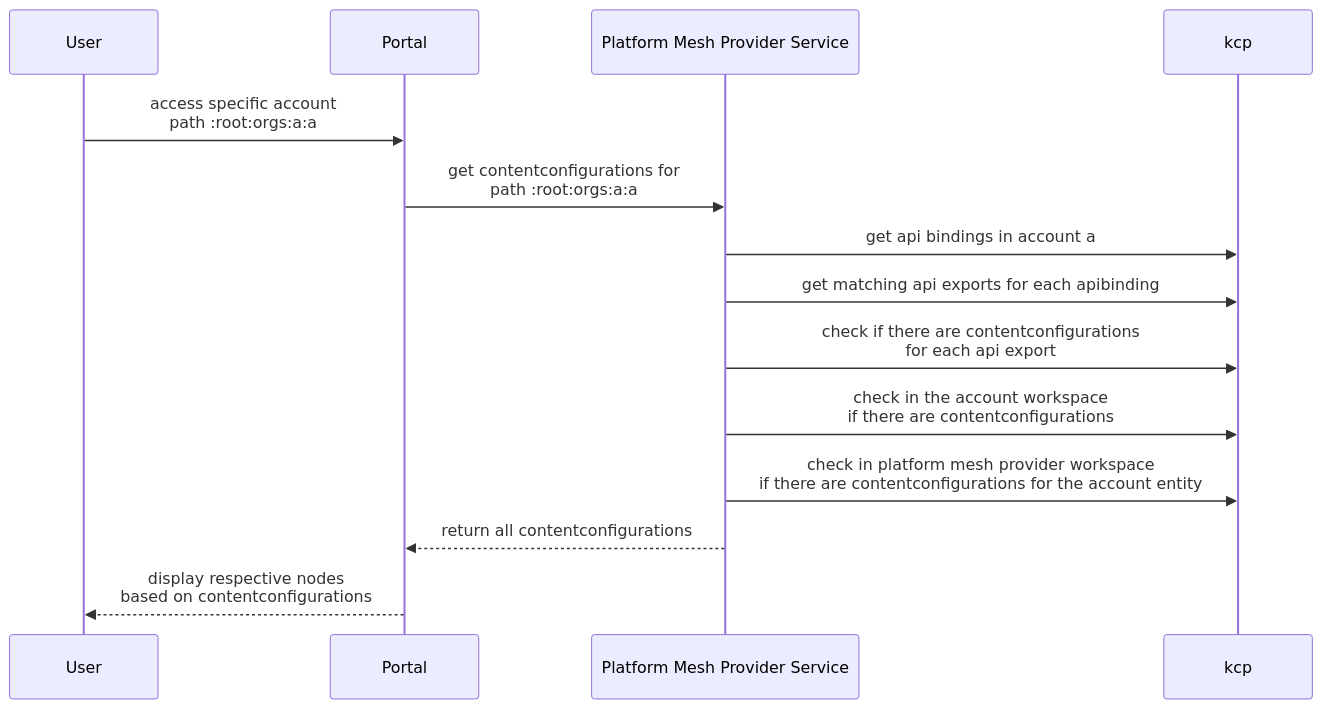
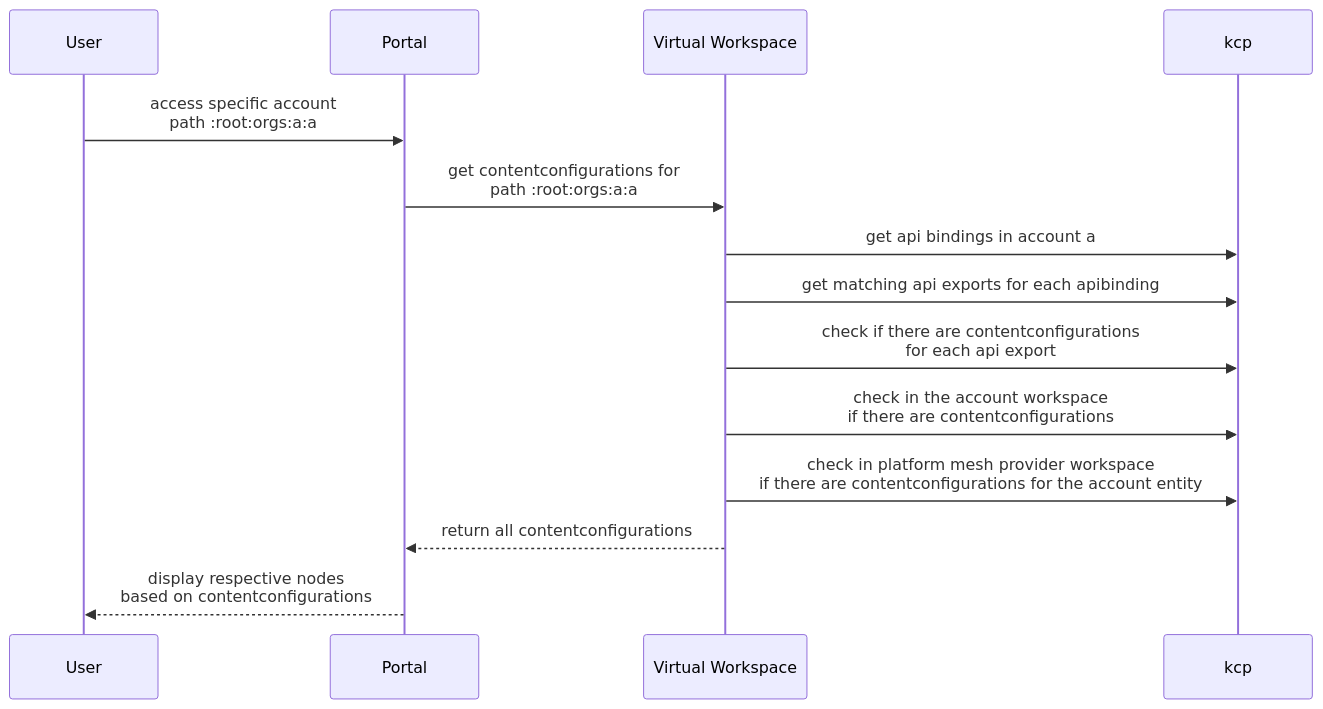
One commit to platform-mesh/architecture changed the diagram in rfc/001_api-providers-and-ui-discovery.md. Above: the diagram before and after it, drawn with Mermaid. The commit also changed other lines of this file, not shown here.

Commit message:
docs: align RFC 001 with current implementation
- Update status from Proposed to Implemented
- Fix ProviderMetadata API group to ui.platform-mesh.io
- Update sequence diagram to reference virtual-workspaces

On-behalf-of: @SAP <bastian.echterhoelter@sap.com>

````diff
--- a/rfc/001_api-providers-and-ui-discovery.md
+++ b/rfc/001_api-providers-and-ui-discovery.md
@@ -140,16 +141,16 @@
 ```mermaid
 sequenceDiagram
   participant u as User
   participant p as Portal
-  participant pms as Platform Mesh Provider Service
+  participant vw as Virtual Workspace
 
   u->>p: access specific account<br>path :root:orgs:a:a
-  p->>pms: get contentconfigurations for<br>path :root:orgs:a:a
-  pms->>kcp: get api bindings in account a
-  pms->>kcp: get matching api exports for each apibinding
-  pms->>kcp: check if there are contentconfigurations <br>for each api export
-  pms->>kcp: check in the account workspace <br> if there are contentconfigurations
-  pms->>kcp: check in platform mesh provider workspace <br>if there are contentconfigurations for the account entity
-  pms-->>p: return all contentconfigurations
+  p->>vw: get contentconfigurations for<br>path :root:orgs:a:a
+  vw->>kcp: get api bindings in account a
+  vw->>kcp: get matching api exports for each apibinding
+  vw->>kcp: check if there are contentconfigurations <br>for each api export
+  vw->>kcp: check in the account workspace <br> if there are contentconfigurations
+  vw->>kcp: check in platform mesh provider workspace <br>if there are contentconfigurations for the account entity
+  vw-->>p: return all contentconfigurations
   p-->>u: display respective nodes <br>based on contentconfigurations
 ```
````
